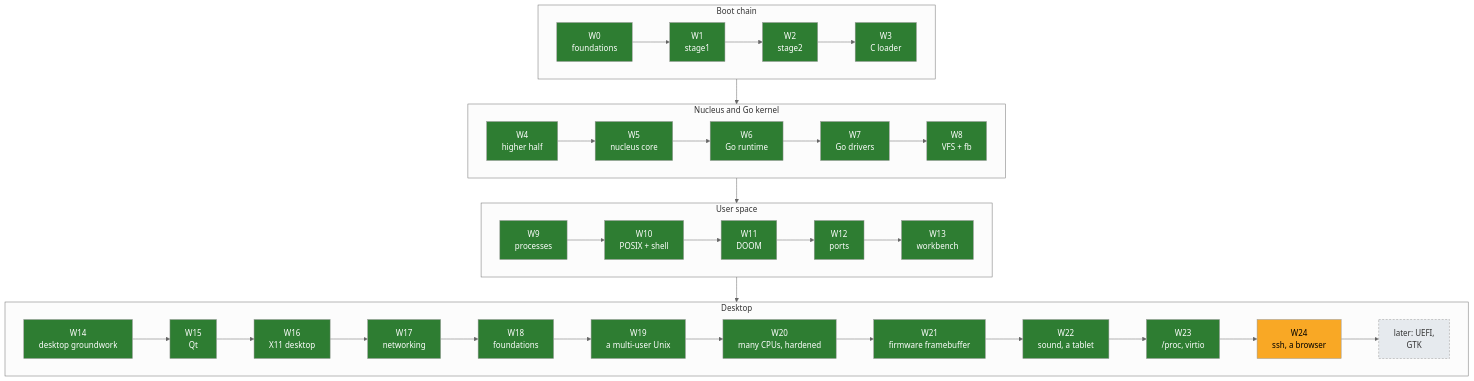
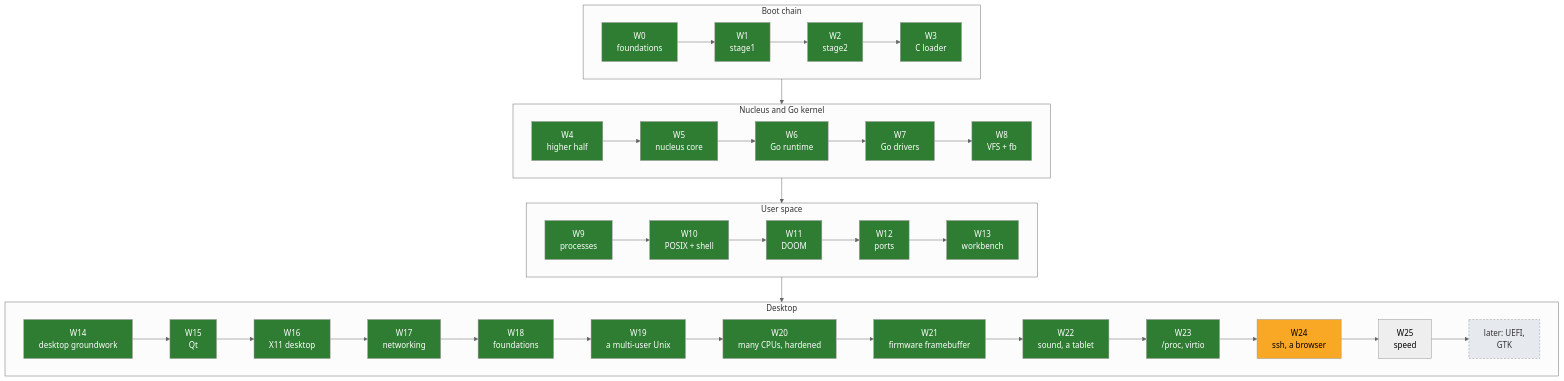
One commit to decagondev/burrow changed the diagram in docs/04-plan/ROADMAP.md. Above: the diagram before and after it, drawn with Mermaid (neutral theme). The commit also changed other lines of this file and 5 other files, not shown here.

````diff
--- a/docs/04-plan/ROADMAP.md
+++ b/docs/04-plan/ROADMAP.md
@@ -33,26 +34,26 @@
 ```mermaid
 flowchart TB
     subgraph boot["Boot chain"]
         direction LR
         W0["W0<br/>foundations"] --> W1["W1<br/>stage1"] --> W2["W2<br/>stage2"] --> W3["W3<br/>C loader"]
     end
     subgraph core["Nucleus and Go kernel"]
         direction LR
         W4["W4<br/>higher half"] --> W5["W5<br/>nucleus core"] --> W6["W6<br/>Go runtime"] --> W7["W7<br/>Go drivers"] --> W8["W8<br/>VFS + fb"]
     end
     subgraph unix["User space"]
         direction LR
         W9["W9<br/>processes"] --> W10["W10<br/>POSIX + shell"] --> W11["W11<br/>DOOM"] --> W12["W12<br/>ports"] --> W13["W13<br/>workbench"]
     end
     subgraph desk["Desktop"]
         direction LR
-        W14["W14<br/>desktop groundwork"] --> W15["W15<br/>Qt"] --> W16["W16<br/>X11 desktop"] --> W17["W17<br/>networking"] --> W18["W18<br/>foundations"] --> W19["W19<br/>a multi-user Unix"] --> W20["W20<br/>many CPUs, hardened"] --> W21["W21<br/>firmware framebuffer"] --> W22["W22<br/>sound, a tablet"] --> W23["W23<br/>/proc, virtio"] --> W24["W24<br/>ssh, a browser"] --> X["later: UEFI,<br/>GTK"]
+        W14["W14<br/>desktop groundwork"] --> W15["W15<br/>Qt"] --> W16["W16<br/>X11 desktop"] --> W17["W17<br/>networking"] --> W18["W18<br/>foundations"] --> W19["W19<br/>a multi-user Unix"] --> W20["W20<br/>many CPUs, hardened"] --> W21["W21<br/>firmware framebuffer"] --> W22["W22<br/>sound, a tablet"] --> W23["W23<br/>/proc, virtio"] --> W24["W24<br/>ssh, a browser"] --> W25["W25<br/>speed"] --> X["later: UEFI,<br/>GTK"]
     end
     boot --> core --> unix --> desk
     classDef done fill:#2e7d32,color:#fff;
     classDef next fill:#f9a825,color:#000;
     classDef later fill:#e6eaee,color:#333,stroke-dasharray: 4 3;
     class W0,W1,W2,W3,W4,W5,W6,W7,W8,W9,W10,W11,W12,W13,W14,W15,W16,W17,W18,W19,W20,W21,W22,W23 done;
     class W24 next;
     class X later;
 ```
````
